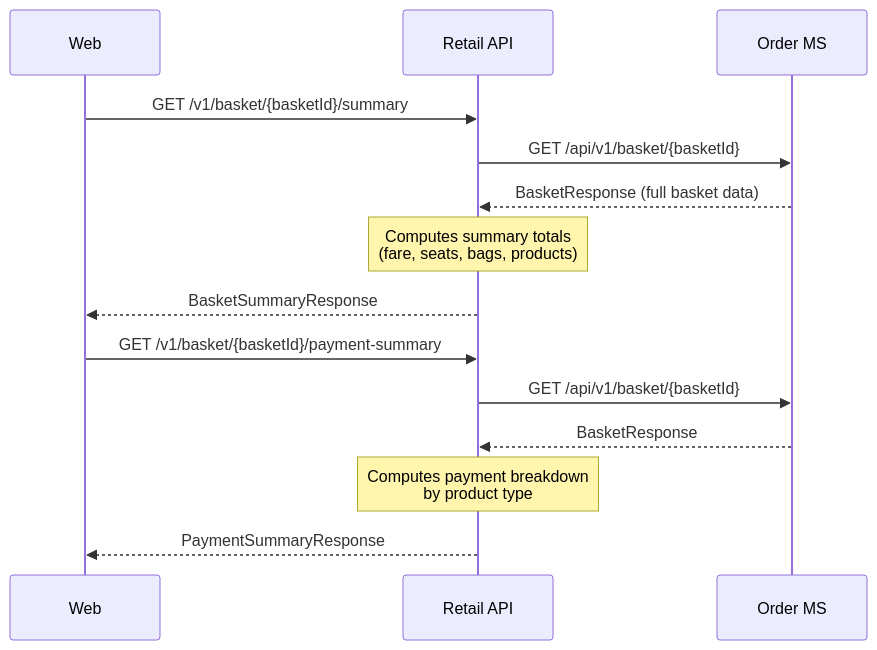
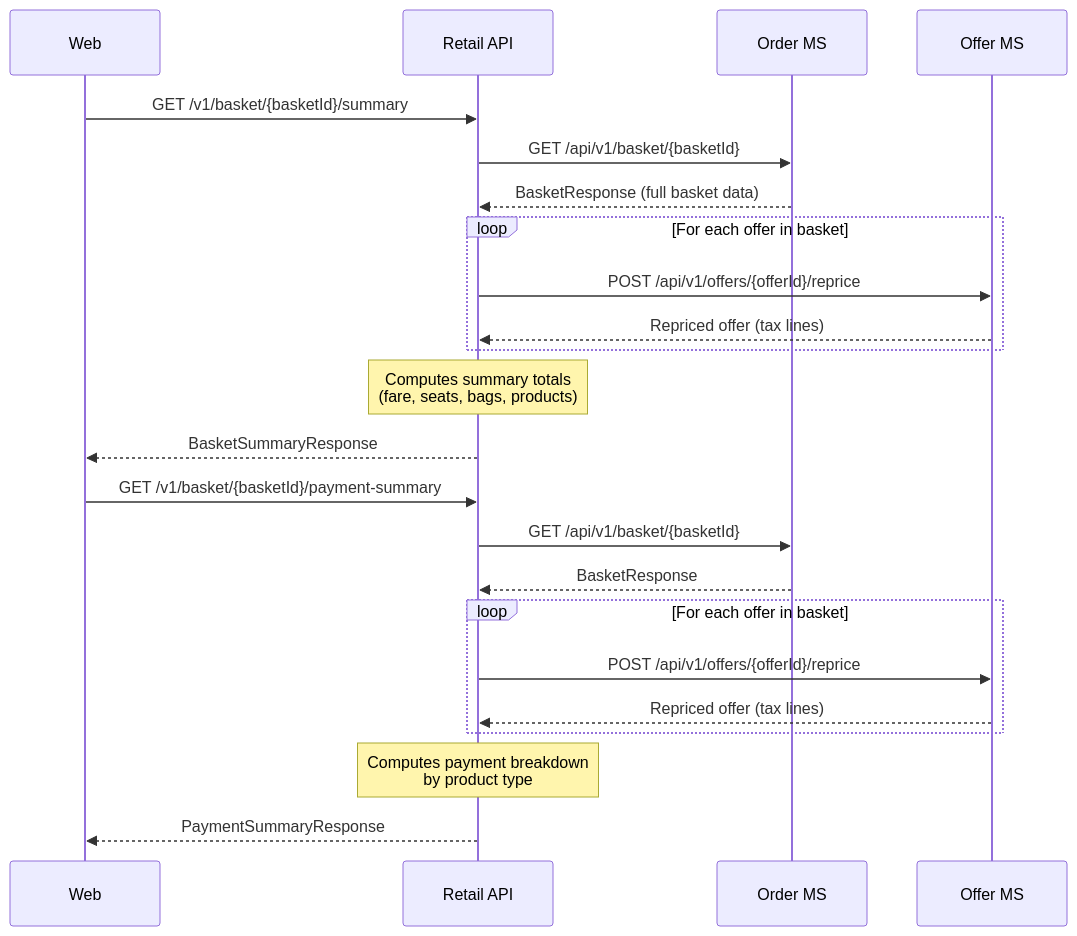
Before and after one commit to sebharvey/airline-reservation-system: the seventh of 11 diagrams in documentation/sequences/order.md, drawn with Mermaid. The commit also changed other lines of this file and 11 other files, not shown here.

````diff
--- a/documentation/sequences/order.md
+++ b/documentation/sequences/order.md
@@ -123,18 +149,31 @@
 ```mermaid
 sequenceDiagram
     participant Web
     participant RetailAPI as Retail API
     participant OrderMS as Order MS
+    participant OfferMS as Offer MS
 
     Web->>RetailAPI: GET /v1/basket/{basketId}/summary
     RetailAPI->>OrderMS: GET /api/v1/basket/{basketId}
     OrderMS-->>RetailAPI: BasketResponse (full basket data)
+
+    loop For each offer in basket
+        RetailAPI->>OfferMS: POST /api/v1/offers/{offerId}/reprice
+        OfferMS-->>RetailAPI: Repriced offer (tax lines)
+    end
+
     Note over RetailAPI: Computes summary totals<br/>(fare, seats, bags, products)
     RetailAPI-->>Web: BasketSummaryResponse
 
     Web->>RetailAPI: GET /v1/basket/{basketId}/payment-summary
     RetailAPI->>OrderMS: GET /api/v1/basket/{basketId}
     OrderMS-->>RetailAPI: BasketResponse
+
+    loop For each offer in basket
+        RetailAPI->>OfferMS: POST /api/v1/offers/{offerId}/reprice
+        OfferMS-->>RetailAPI: Repriced offer (tax lines)
+    end
+
     Note over RetailAPI: Computes payment breakdown<br/>by product type
     RetailAPI-->>Web: PaymentSummaryResponse
 ```
````
